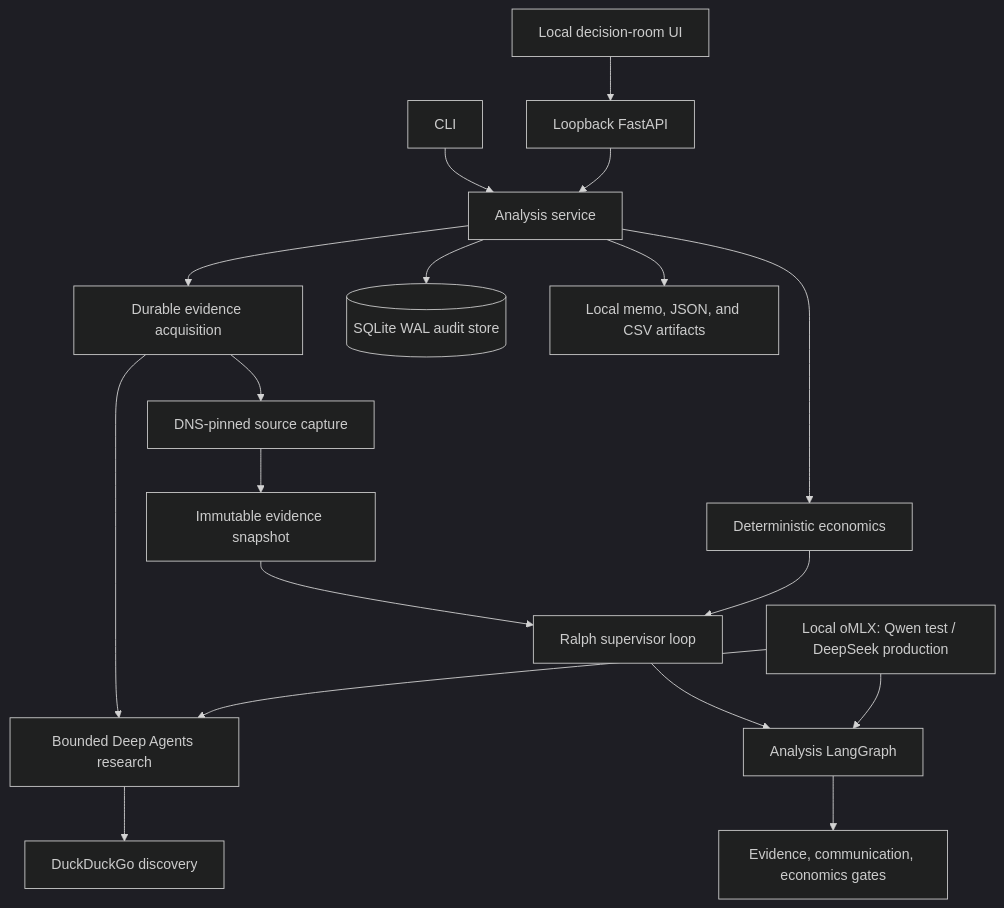
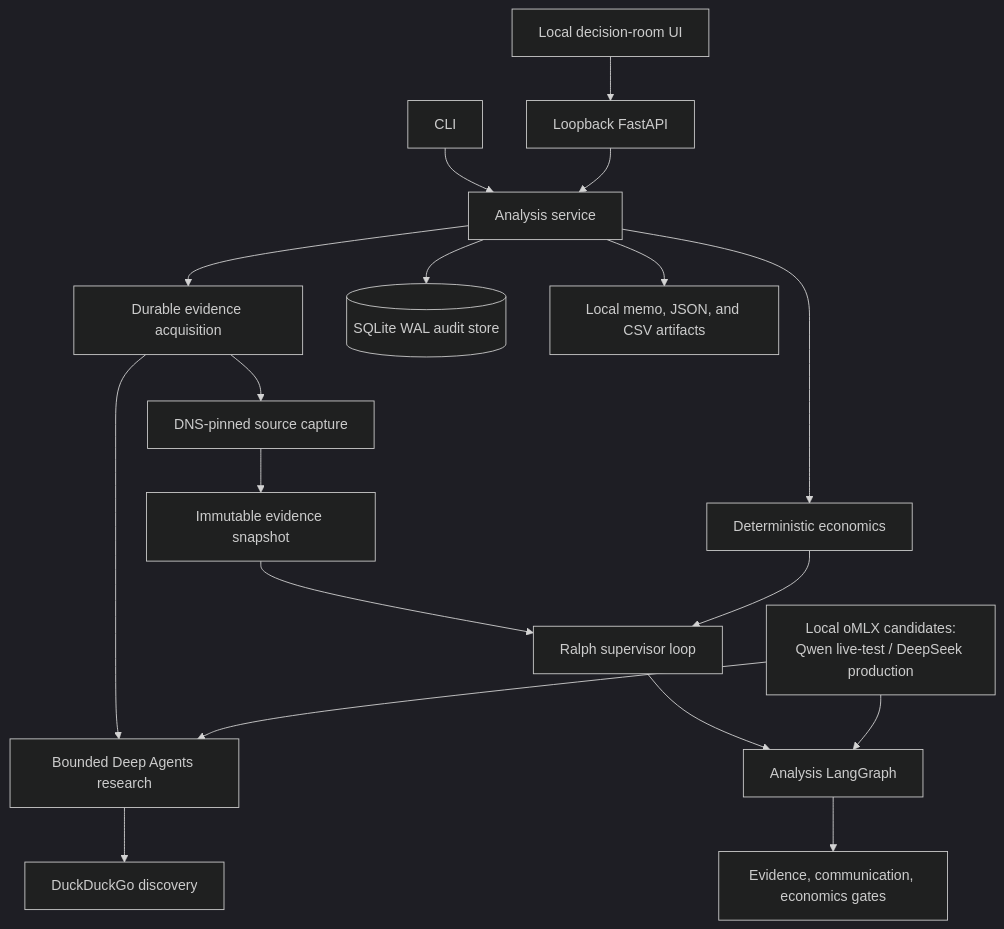
Before and after one commit to sw30labs/PorterForcesAI: the second of 2 diagrams in README.md, drawn with Mermaid (dark theme). The commit also changed other lines of this file and 7 other files, not shown here.

````diff
--- a/README.md
+++ b/README.md
@@ -171,20 +179,20 @@
 ```mermaid
 flowchart TB
     UI[Local decision-room UI] --> API[Loopback FastAPI]
     CLI[CLI] --> SVC[Analysis service]
     API --> SVC
     SVC --> PRE[Durable evidence acquisition]
     PRE --> DA[Bounded Deep Agents research]
     DA --> DDG[DuckDuckGo discovery]
     PRE --> CAP[DNS-pinned source capture]
     CAP --> SNAP[Immutable evidence snapshot]
     SVC --> CALC[Deterministic economics]
     SNAP --> RALPH[Ralph supervisor loop]
     CALC --> RALPH
     RALPH --> LG[Analysis LangGraph]
     LG --> GATE[Evidence, communication, economics gates]
     SVC --> DB[(SQLite WAL audit store)]
     SVC --> FILES[Local memo, JSON, and CSV artifacts]
-    OMLX[Local oMLX: Qwen test / DeepSeek production] --> LG
+    OMLX[Local oMLX candidates:<br/>Qwen live-test / DeepSeek production] --> LG
     OMLX --> DA
 ```
````
